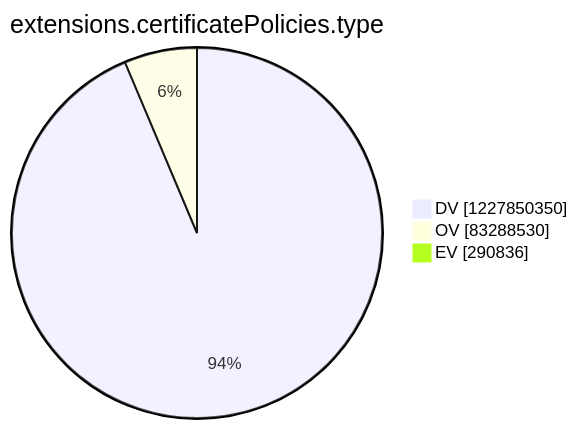
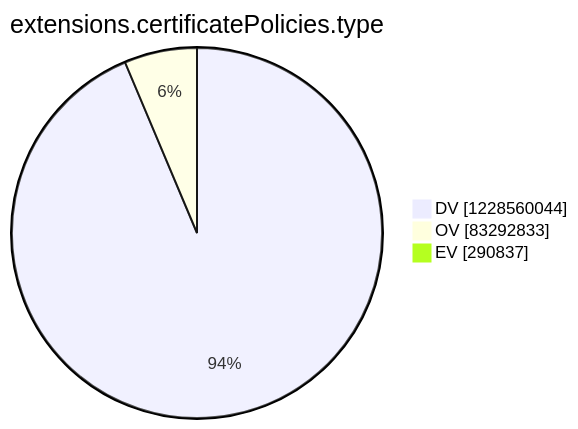
One commit to christiankrug/ctmonitor_visualization changed the tenth of 15 diagrams in argon2022/README.md. Above: the diagram before and after it, drawn with Mermaid. The commit also changed other lines of this file, not shown here.

````diff
--- a/argon2022/README.md
+++ b/argon2022/README.md
@@ -2770,7 +2770,7 @@
 ```mermaid
 pie showData
 title extensions.certificatePolicies.type
-"DV" :1227850350
-"OV" :83288530
-"EV" :290836
+"DV" :1228560044
+"OV" :83292833
+"EV" :290837
 ```
````
